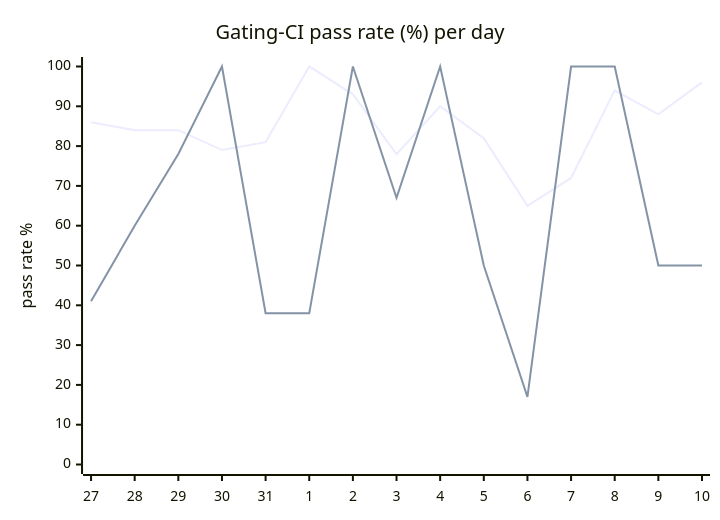
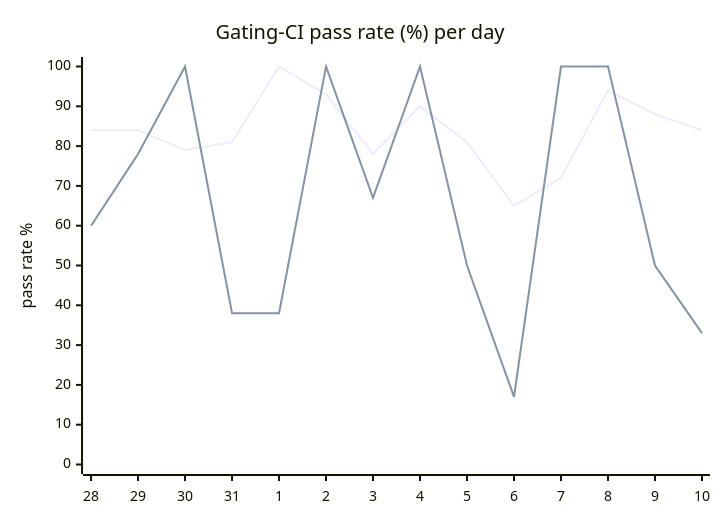
The diagram in hack/ci/ci-dashboard/staging/issue.md (hatchet-dev/hatchet), drawn with Mermaid before and after one commit. The commit also changed other lines of this file, not shown here.

````diff
--- a/hack/ci/ci-dashboard/staging/issue.md
+++ b/hack/ci/ci-dashboard/staging/issue.md
@@ -9,8 +9,8 @@
 ```mermaid
 xychart-beta
   title "Gating-CI pass rate (%) per day"
-  x-axis [27, 28, 29, 30, 31, 1, 2, 3, 4, 5, 6, 7, 8, 9, 10]
+  x-axis [28, 29, 30, 31, 1, 2, 3, 4, 5, 6, 7, 8, 9, 10]
   y-axis "pass rate %" 0 --> 100
-  line "CI" [86, 84, 84, 79, 81, 100, 93, 78, 90, 82, 65, 72, 94, 88, 96]
-  line "main" [41, 60, 78, 100, 38, 38, 100, 67, 100, 50, 17, 100, 100, 50, 50]
+  line "CI" [84, 84, 79, 81, 100, 93, 78, 90, 81, 65, 72, 94, 88, 84]
+  line "main" [60, 78, 100, 38, 38, 100, 67, 100, 50, 17, 100, 100, 50, 33]
 ```
````
